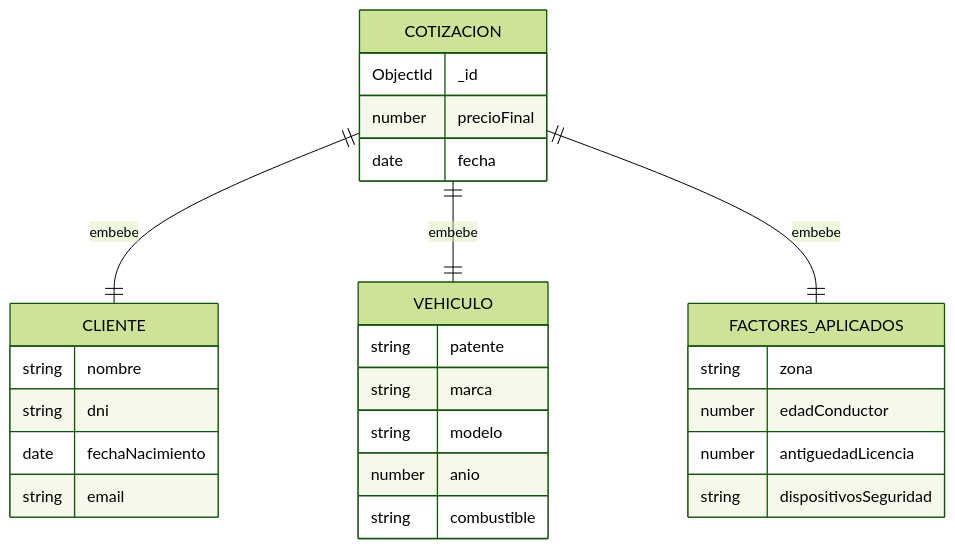
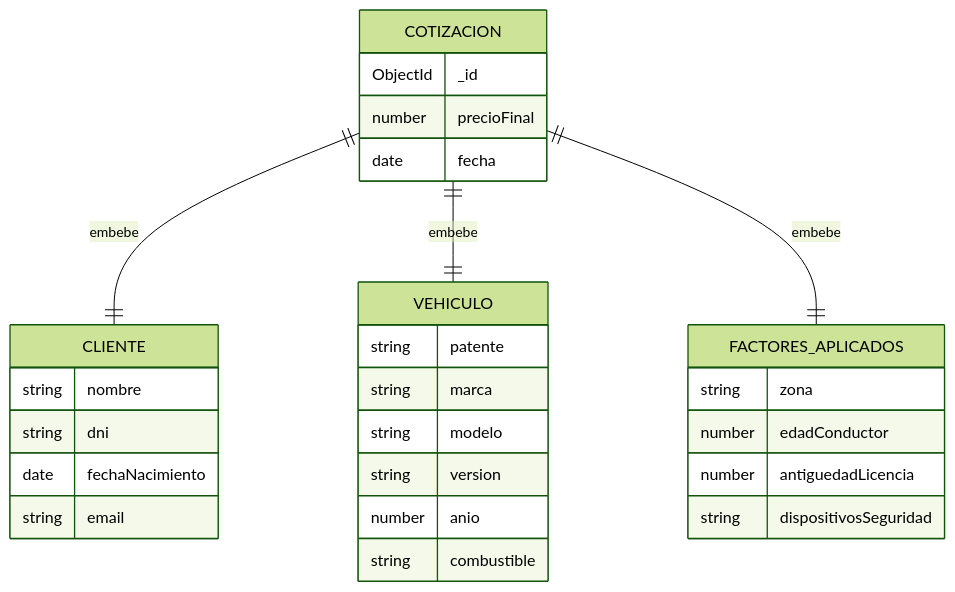
One commit to LorenzoPattini/TrabajoFinal-Grupo104 changed the diagram in docs/Documentacion-Sistema.md. Above: the diagram before and after it, drawn with Mermaid (forest theme). The commit also changed other lines of this file, not shown here.

First line of the commit message:
Redefinición del alcance en la llamada externa y se agrego atributo version

````diff
--- a/docs/Documentacion-Sistema.md
+++ b/docs/Documentacion-Sistema.md
@@ -54,30 +55,31 @@
 ```mermaid
 erDiagram
     COTIZACION {
         ObjectId _id
         number precioFinal
         date fecha
     }
     CLIENTE {
         string nombre
         string dni
         date fechaNacimiento
         string email
     }
     VEHICULO {
         string patente
         string marca
         string modelo
+        string version
         number anio
         string combustible
     }
     FACTORES_APLICADOS {
         string zona
         number edadConductor
         number antiguedadLicencia
         string dispositivosSeguridad
     }
     COTIZACION ||--|| CLIENTE : embebe
     COTIZACION ||--|| VEHICULO : embebe
     COTIZACION ||--|| FACTORES_APLICADOS : embebe
 ```
````
